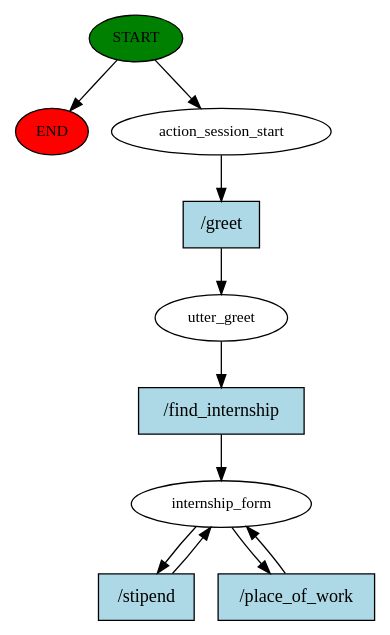
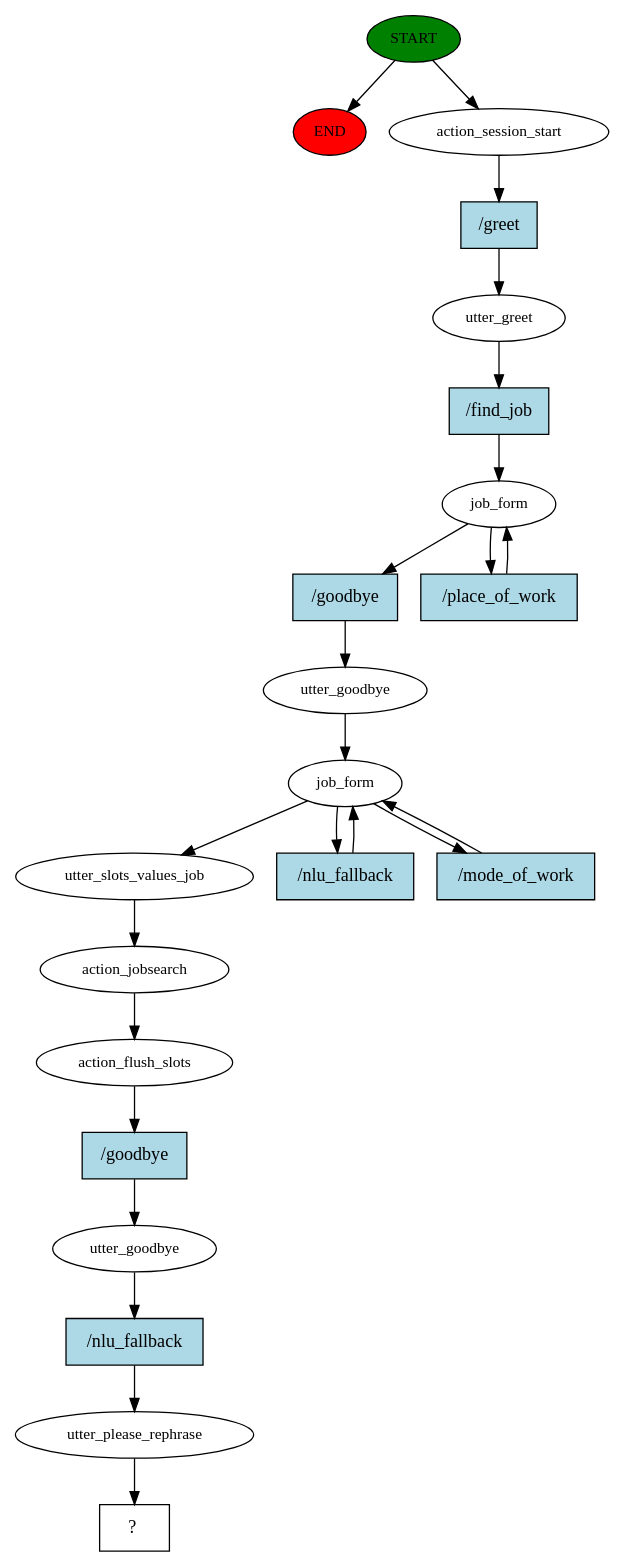
Before and after one commit to 1218muskan/JobSearch_Bot: the diagram in story_graph.dot, drawn with Graphviz. The commit also changed 12 other files, not shown here.

```diff
--- a/story_graph.dot
+++ b/story_graph.dot
@@ -1,21 +1,46 @@
 digraph  {
 0 [class="start active", fillcolor=green, fontsize=12, label=START, style=filled];
 "-1" [class=end, fillcolor=red, fontsize=12, label=END, style=filled];
 1 [class=active, fontsize=12, label=action_session_start];
 2 [class=active, fontsize=12, label=utter_greet];
-3 [class="active dashed", fontsize=12, label=internship_form];
-6 [class="intent active", fillcolor=lightblue, label="/greet", shape=rect, style=filled];
-7 [class="intent active", fillcolor=lightblue, label="/find_internship", shape=rect, style=filled];
-8 [class="intent active", fillcolor=lightblue, label="/stipend", shape=rect, style=filled];
-9 [class="intent active", fillcolor=lightblue, label="/place_of_work", shape=rect, style=filled];
+3 [class=active, fontsize=12, label=job_form];
+5 [class=active, fontsize=12, label=utter_goodbye];
+6 [class=active, fontsize=12, label=job_form];
+9 [class=active, fontsize=12, label=utter_slots_values_job];
+10 [class=active, fontsize=12, label=action_jobsearch];
+11 [class=active, fontsize=12, label=action_flush_slots];
+12 [class=active, fontsize=12, label=utter_goodbye];
+13 [class=active, fontsize=12, label=utter_please_rephrase];
+14 [class="intent dashed active", label="  ?  ", shape=rect];
+15 [class="intent active", fillcolor=lightblue, label="/greet", shape=rect, style=filled];
+16 [class="intent active", fillcolor=lightblue, label="/find_job", shape=rect, style=filled];
+17 [class="intent active", fillcolor=lightblue, label="/goodbye", shape=rect, style=filled];
+18 [class="intent active", fillcolor=lightblue, label="/place_of_work", shape=rect, style=filled];
+19 [class="intent active", fillcolor=lightblue, label="/nlu_fallback", shape=rect, style=filled];
+20 [class="intent active", fillcolor=lightblue, label="/mode_of_work", shape=rect, style=filled];
+21 [class="intent active", fillcolor=lightblue, label="/goodbye", shape=rect, style=filled];
+22 [class="intent active", fillcolor=lightblue, label="/nlu_fallback", shape=rect, style=filled];
 0 -> "-1"  [class="", key=NONE, label=""];
 0 -> 1  [class=active, key=NONE, label=""];
-1 -> 6  [class=active, key=0];
-2 -> 7  [class=active, key=0];
-3 -> 8  [class=active, key=0];
-3 -> 9  [class=active, key=0];
-6 -> 2  [class=active, key=0];
-7 -> 3  [class=active, key=0];
-8 -> 3  [class=active, key=0];
-9 -> 3  [class=active, key=0];
+1 -> 15  [class=active, key=0];
+2 -> 16  [class=active, key=0];
+3 -> 17  [class=active, key=0];
+3 -> 18  [class=active, key=0];
+5 -> 6  [class=active, key=NONE, label=""];
+6 -> 9  [class=active, key=NONE, label=""];
+6 -> 19  [class=active, key=0];
+6 -> 20  [class=active, key=0];
+9 -> 10  [class=active, key=NONE, label=""];
+10 -> 11  [class=active, key=NONE, label=""];
+11 -> 21  [class=active, key=0];
+12 -> 22  [class=active, key=0];
+13 -> 14  [class=active, key=NONE, label=""];
+15 -> 2  [class=active, key=0];
+16 -> 3  [class=active, key=0];
+17 -> 5  [class=active, key=0];
+18 -> 3  [class=active, key=0];
+19 -> 6  [class=active, key=0];
+20 -> 6  [class=active, key=0];
+21 -> 12  [class=active, key=0];
+22 -> 13  [class=active, key=0];
 }
```
